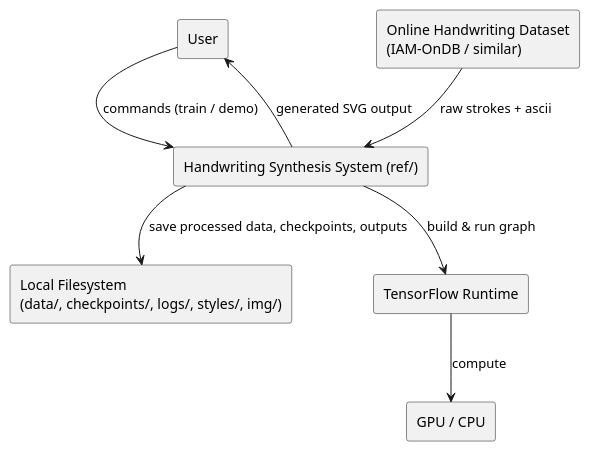
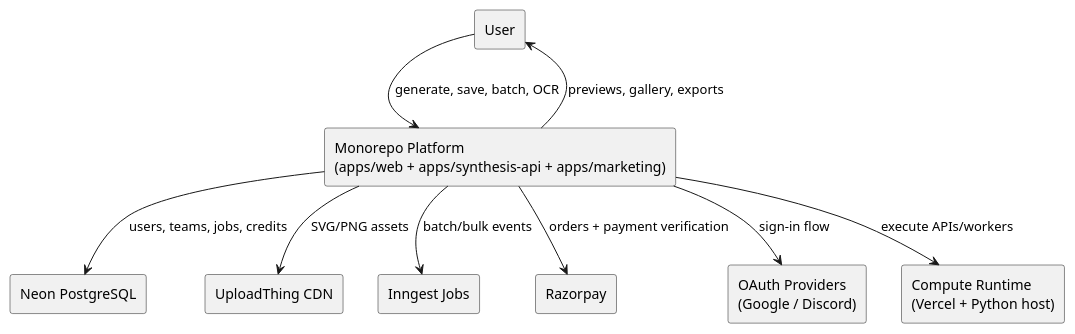
Before and after one commit to bhadraagada/ctrlpluspen: diagram 11 of 15 in docss/CONCEPTUAL_DIAGRAMS.md, drawn with PlantUML. The commit also changed other lines of this file and 138 other files, not shown here.

````diff
--- a/docss/CONCEPTUAL_DIAGRAMS.md
+++ b/docss/CONCEPTUAL_DIAGRAMS.md
@@ -488,20 +590,24 @@
 ```plantuml
 @startuml
 skinparam monochrome true
 skinparam shadowing false
 
 rectangle "User" as User
-rectangle "Handwriting Synthesis System (ref/)" as Sys
-rectangle "Online Handwriting Dataset\n(IAM-OnDB / similar)" as Data
-rectangle "Local Filesystem\n(data/, checkpoints/, logs/, styles/, img/)" as FS
-rectangle "TensorFlow Runtime" as TF
-rectangle "GPU / CPU" as HW
+rectangle "Monorepo Platform\n(apps/web + apps/synthesis-api + apps/marketing)" as Sys
+rectangle "Neon PostgreSQL" as DB
+rectangle "UploadThing CDN" as Storage
+rectangle "Inngest Jobs" as Jobs
+rectangle "Razorpay" as Pay
+rectangle "OAuth Providers\n(Google / Discord)" as OAuth
+rectangle "Compute Runtime\n(Vercel + Python host)" as Runtime
 
-User --> Sys : commands (train / demo)
-Data --> Sys : raw strokes + ascii
-Sys --> FS : save processed data, checkpoints, outputs
-Sys --> TF : build & run graph
-TF --> HW : compute
-Sys --> User : generated SVG output
+User --> Sys : generate, save, batch, OCR
+Sys --> DB : users, teams, jobs, credits
+Sys --> Storage : SVG/PNG assets
+Sys --> Jobs : batch/bulk events
+Sys --> Pay : orders + payment verification
+Sys --> OAuth : sign-in flow
+Sys --> Runtime : execute APIs/workers
+Sys --> User : previews, gallery, exports
 @enduml
 ```
````
